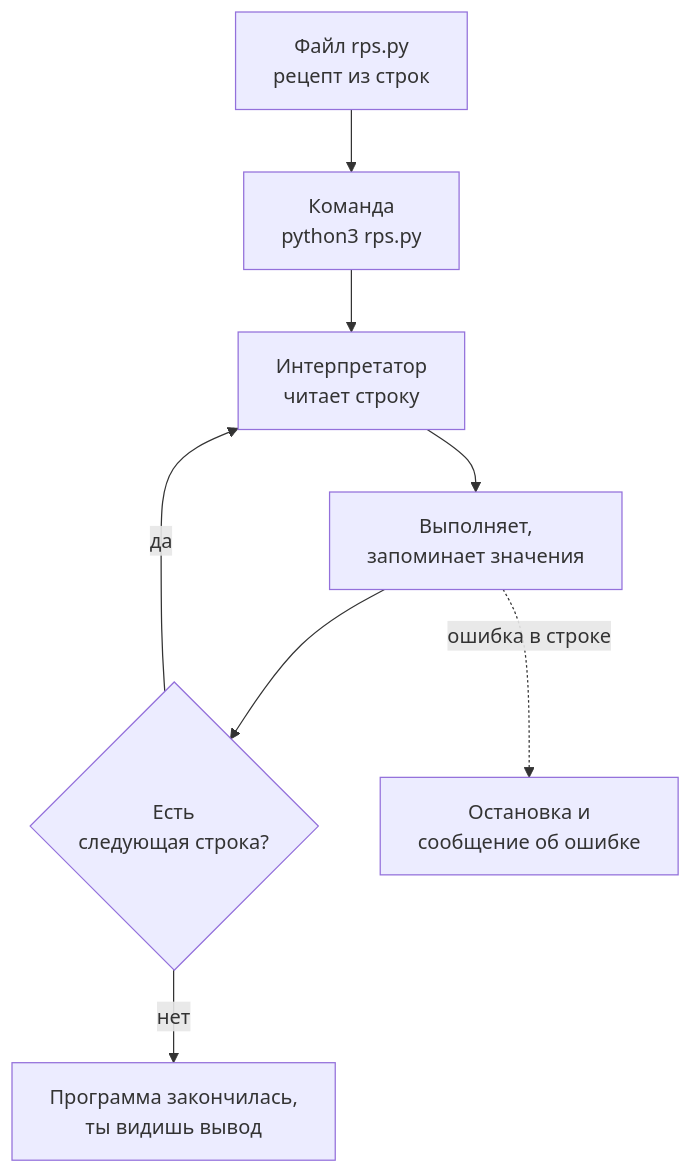
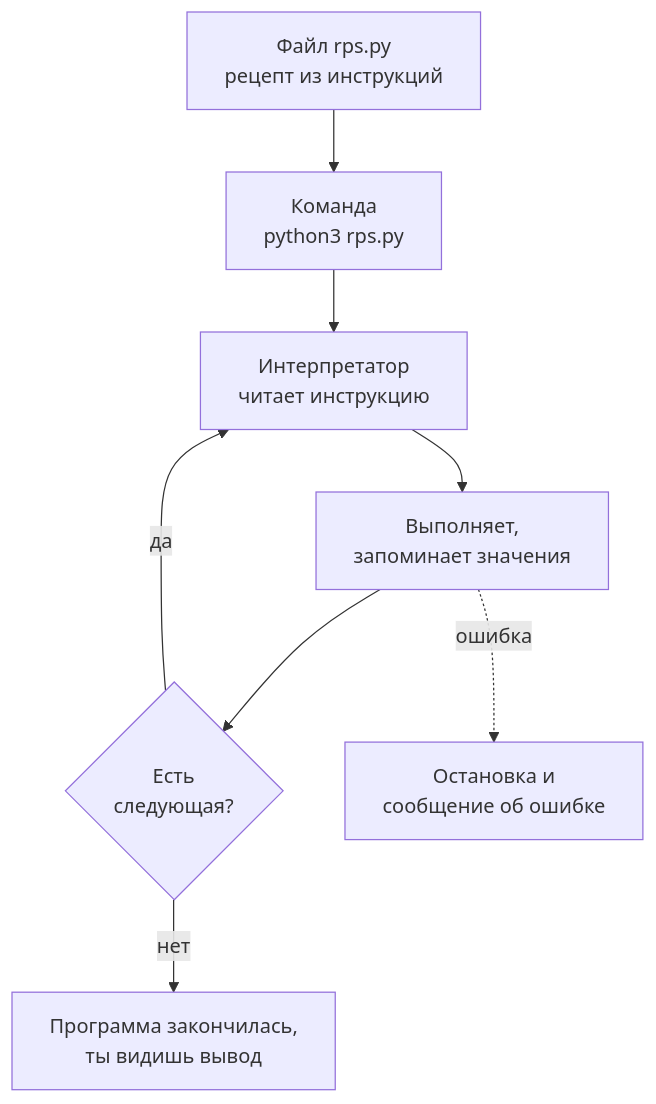
Before and after one commit to distinguished-sre/load-tester: the first of 2 diagrams in 04-python/01-first-program.md, drawn with Mermaid. The commit also changed other lines of this file and 6 other files, not shown here.

````diff
--- a/04-python/01-first-program.md
+++ b/04-python/01-first-program.md
@@ -38,10 +35,10 @@
 ```mermaid
 flowchart TD
-    A["Файл rps.py<br/>рецепт из строк"] --> B["Команда<br/>python3 rps.py"]
-    B --> C["Интерпретатор<br/>читает строку"]
+    A["Файл rps.py<br/>рецепт из инструкций"] --> B["Команда<br/>python3 rps.py"]
+    B --> C["Интерпретатор<br/>читает инструкцию"]
     C --> D["Выполняет,<br/>запоминает значения"]
-    D --> E{"Есть<br/>следующая строка?"}
+    D --> E{"Есть<br/>следующая?"}
     E -->|да| C
     E -->|нет| F["Программа закончилась,<br/>ты видишь вывод"]
-    D -.->|"ошибка в строке"| G["Остановка и<br/>сообщение об ошибке"]
+    D -.->|"ошибка"| G["Остановка и<br/>сообщение об ошибке"]
 ```
````
